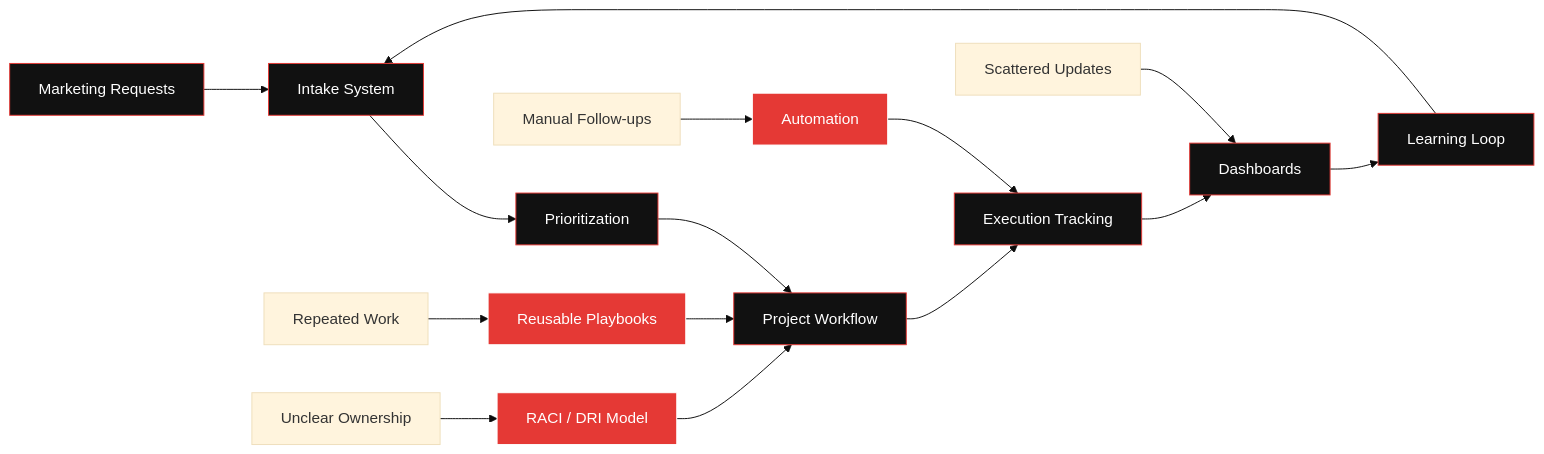
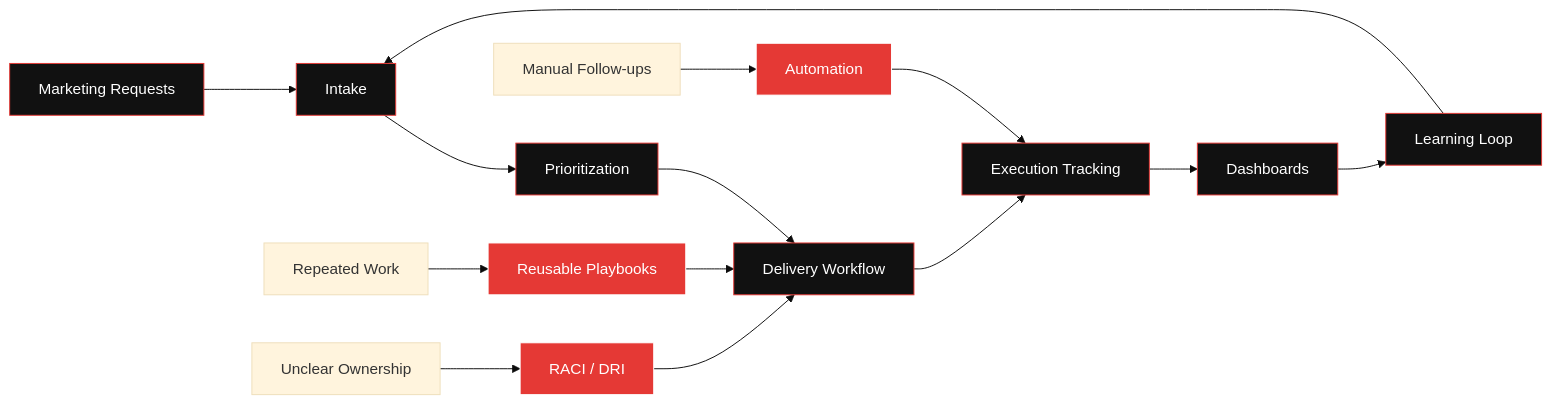
Before and after one commit to he8um/he8um: the diagram in README.md, drawn with Mermaid (base theme). The commit also changed other lines of this file, not shown here.

````diff
--- a/README.md
+++ b/README.md
@@ -97,32 +98,30 @@
 ```mermaid
 flowchart LR
-    A[Marketing Requests] --> B[Intake System]
+    A[Marketing Requests] --> B[Intake]
     B --> C[Prioritization]
-    C --> D[Project Workflow]
+    C --> D[Delivery Workflow]
     D --> E[Execution Tracking]
     E --> F[Dashboards]
     F --> G[Learning Loop]
     G --> B
 
     H[Manual Follow-ups] --> I[Automation]
     I --> E
 
-    J[Scattered Updates] --> F
+    J[Repeated Work] --> K[Reusable Playbooks]
+    K --> D
 
-    K[Repeated Work] --> L[Reusable Playbooks]
-    L --> D
+    L[Unclear Ownership] --> M[RACI / DRI]
+    M --> D
 
-    M[Unclear Ownership] --> N[RACI / DRI Model]
-    N --> D
-
-    style A fill:#111111,stroke:#E53935,color:#ffffff
-    style B fill:#111111,stroke:#E53935,color:#ffffff
-    style C fill:#111111,stroke:#E53935,color:#ffffff
-    style D fill:#111111,stroke:#E53935,color:#ffffff
-    style E fill:#111111,stroke:#E53935,color:#ffffff
-    style F fill:#111111,stroke:#E53935,color:#ffffff
-    style G fill:#111111,stroke:#E53935,color:#ffffff
-    style I fill:#E53935,stroke:#ffffff,color:#ffffff
-    style L fill:#E53935,stroke:#ffffff,color:#ffffff
-    style N fill:#E53935,stroke:#ffffff,color:#ffffff
+    style A fill:#111111,stroke:#E53935,color:#FFFFFF
+    style B fill:#111111,stroke:#E53935,color:#FFFFFF
+    style C fill:#111111,stroke:#E53935,color:#FFFFFF
+    style D fill:#111111,stroke:#E53935,color:#FFFFFF
+    style E fill:#111111,stroke:#E53935,color:#FFFFFF
+    style F fill:#111111,stroke:#E53935,color:#FFFFFF
+    style G fill:#111111,stroke:#E53935,color:#FFFFFF
+    style I fill:#E53935,stroke:#FFFFFF,color:#FFFFFF
+    style K fill:#E53935,stroke:#FFFFFF,color:#FFFFFF
+    style M fill:#E53935,stroke:#FFFFFF,color:#FFFFFF
 ```
````
